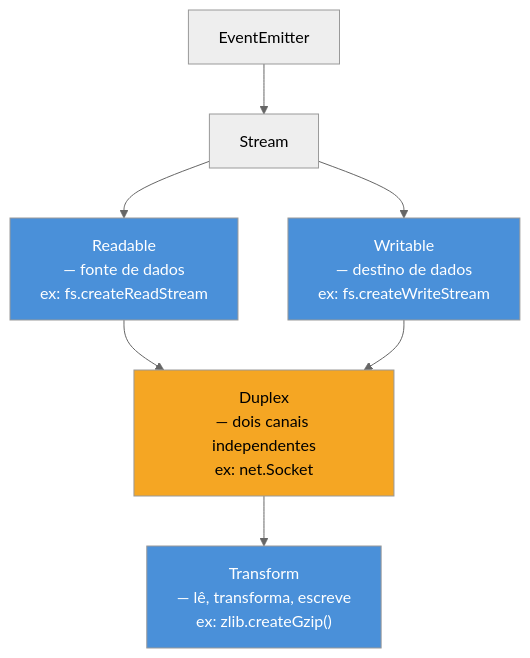
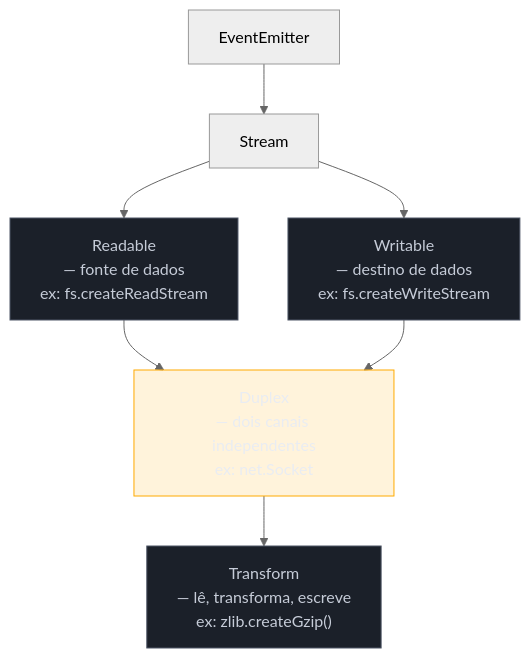
The diagram in 03-Dominios/Tecnologia/Node/Streams/02 - Os 4 tipos - Readable, Writable, Duplex, Transform.md (josenaldo/codex-technomanticus), drawn with Mermaid (neutral theme) before and after one commit. The commit also changed 1181 other files, not shown here.

First line of the commit message:
fix(diagramas): paleta do sistema no lugar de cor cravada no markdown

````diff
--- a/03-Dominios/Tecnologia/Node/Streams/02 - Os 4 tipos - Readable, Writable, Duplex, Transform.md
+++ b/03-Dominios/Tecnologia/Node/Streams/02 - Os 4 tipos - Readable, Writable, Duplex, Transform.md
@@ -84,21 +84,23 @@
 ```mermaid
 flowchart TD
+    classDef neutro fill:#1B2029,stroke:#4E5666,color:#C6CCD8
+    classDef destaque fill:#FFAA0024,stroke:#FFAA00,color:#E9ECF2
     EE["EventEmitter"]
     S["Stream"]
     R["Readable\n— fonte de dados\nex: fs.createReadStream"]
     W["Writable\n— destino de dados\nex: fs.createWriteStream"]
     D["Duplex\n— dois canais independentes\nex: net.Socket"]
     T["Transform\n— lê, transforma, escreve\nex: zlib.createGzip()"]
 
     EE --> S
     S --> R
     S --> W
     R --> D
     W --> D
     D --> T
 
-    style R fill:#4A90D9,color:#fff
-    style W fill:#4A90D9,color:#fff
-    style D fill:#F5A623,color:#000
-    style T fill:#4A90D9,color:#fff
+    class R neutro
+    class W neutro
+    class D destaque
+    class T neutro
 ```
````
